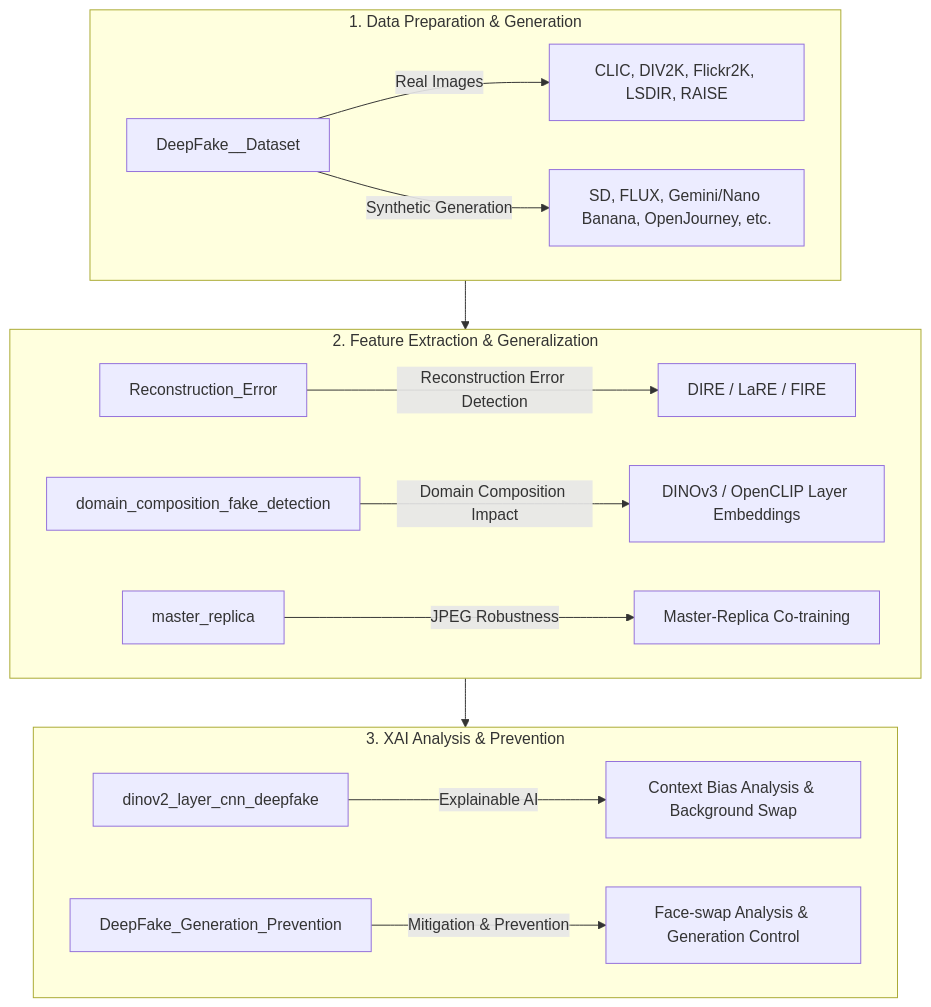
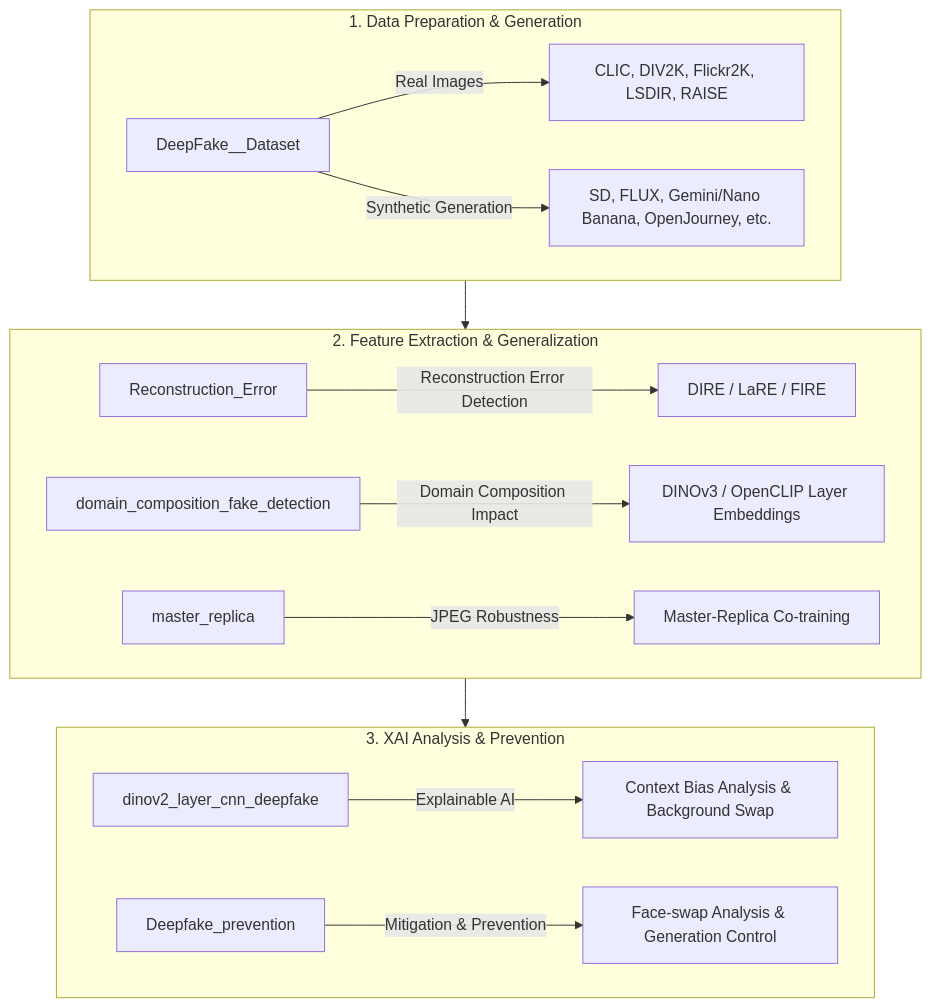
Before and after one commit to Fate-0527/DeepFake_Image_Detection: the diagram in README.md, drawn with Mermaid. The commit also changed other lines of this file and 1 other file, not shown here.

Commit message:
docs: Update central index with Deepfake_prevention repository link

````diff
--- a/README.md
+++ b/README.md
@@ -71,21 +71,21 @@
 ```mermaid
 flowchart TD
     subgraph DataPrep [1. Data Preparation & Generation]
         A[DeepFake__Dataset] -->|Real Images| B[CLIC, DIV2K, Flickr2K, LSDIR, RAISE]
         A -->|Synthetic Generation| C[SD, FLUX, Gemini/Nano Banana, OpenJourney, etc.]
     end
 
     subgraph FeatureExtract [2. Feature Extraction & Generalization]
         D[Reconstruction_Error] -->|Reconstruction Error Detection| E[DIRE / LaRE / FIRE]
         F[domain_composition_fake_detection] -->|Domain Composition Impact| G[DINOv3 / OpenCLIP Layer Embeddings]
         H[master_replica] -->|JPEG Robustness| I[Master-Replica Co-training]
     end
 
     subgraph Analysis [3. XAI Analysis & Prevention]
         J[dinov2_layer_cnn_deepfake] -->|Explainable AI| K[Context Bias Analysis & Background Swap]
-        L[DeepFake_Generation_Prevention] -->|Mitigation & Prevention| M[Face-swap Analysis & Generation Control]
+        L[Deepfake_prevention] -->|Mitigation & Prevention| M[Face-swap Analysis & Generation Control]
     end
 
     DataPrep --> FeatureExtract
     FeatureExtract --> Analysis
 ```
````
